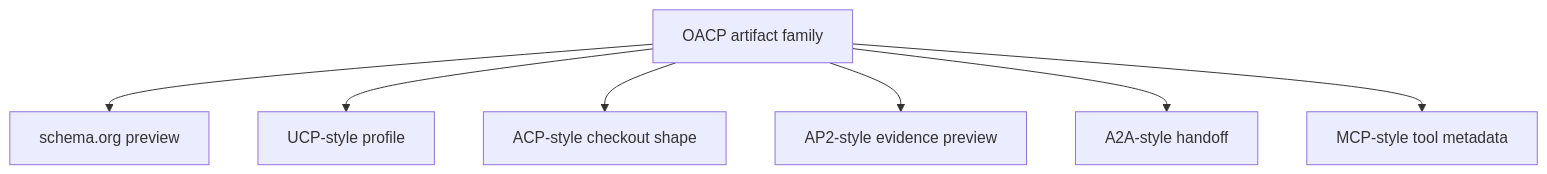
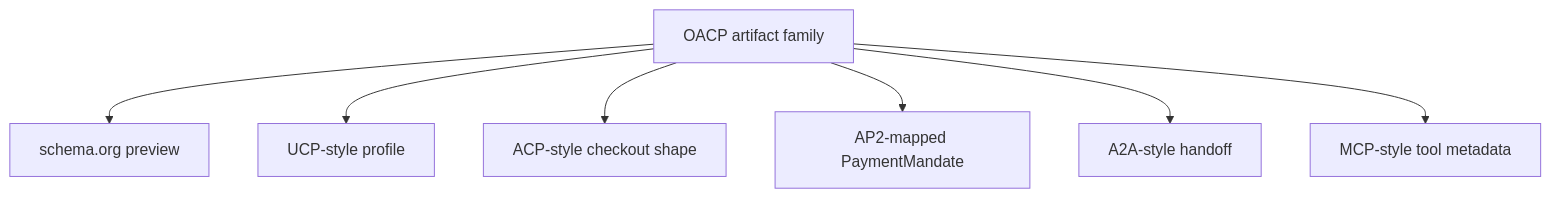
The third of 4 diagrams in docs/internal/commerce-v1/commerce-v1-oacp-landing-blog-plan.md (mishrasanjeev/grantex), drawn with Mermaid before and after one commit. The commit also changed 38 other files, not shown here.

Commit message:
refactor(oacp): remove the unsigned AP2-style evidence preview (G42)

````diff
--- a/docs/internal/commerce-v1/commerce-v1-oacp-landing-blog-plan.md
+++ b/docs/internal/commerce-v1/commerce-v1-oacp-landing-blog-plan.md
@@ -210,17 +210,17 @@
 ```mermaid
 flowchart TB
   artifact["OACP artifact family"]
   schema["schema.org preview"]
   ucp["UCP-style profile"]
   acp["ACP-style checkout shape"]
-  ap2["AP2-style evidence preview"]
+  ap2["AP2-mapped PaymentMandate"]
   a2a["A2A-style handoff"]
   mcp["MCP-style tool metadata"]
 
   artifact --> schema
   artifact --> ucp
   artifact --> acp
   artifact --> ap2
   artifact --> a2a
   artifact --> mcp
 ```
````
